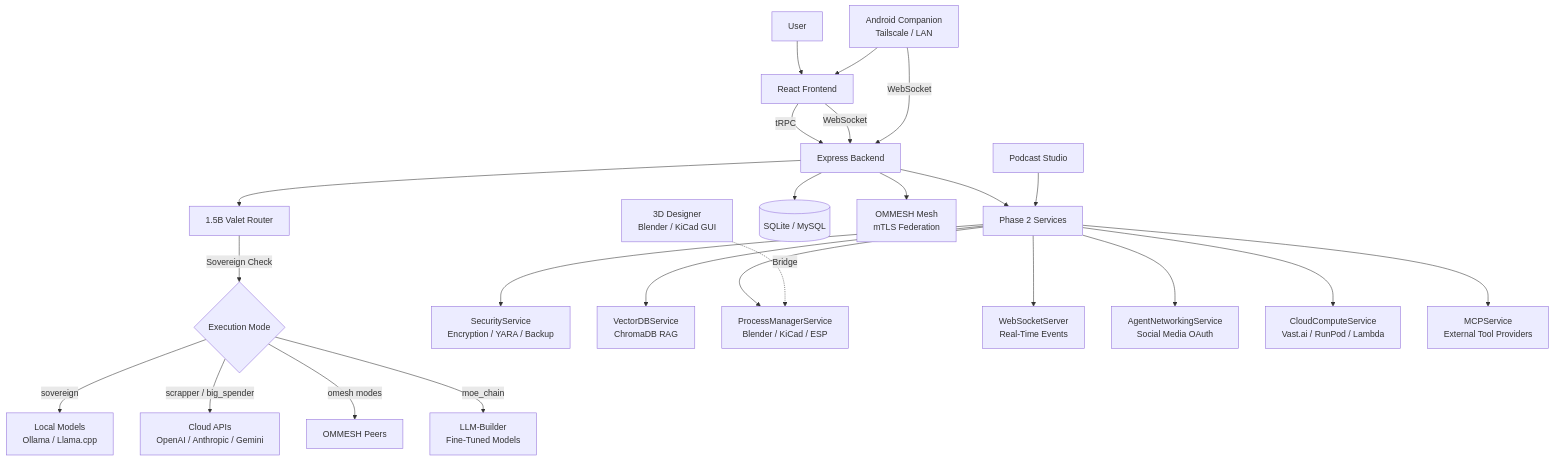
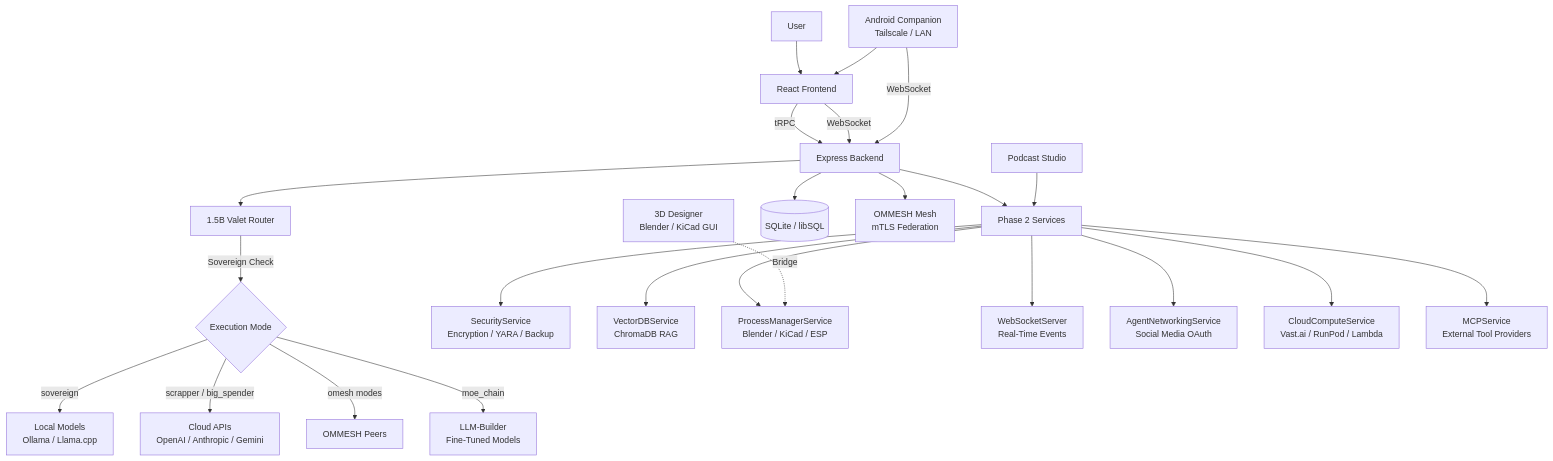
Before and after one commit to Clarkescustomcreations/OmnecorV1-Beta: the diagram in README.md, drawn with Mermaid. The commit also changed other lines of this file and 53 other files, not shown here.

````diff
--- a/README.md
+++ b/README.md
@@ -196,26 +196,26 @@
 ```mermaid
 graph TD
     User[User] --> UI[React Frontend]
     Android[Android Companion\nTailscale / LAN] --> UI
     UI -->|tRPC| BE[Express Backend]
     UI -->|WebSocket| BE
     Android -->|WebSocket| BE
     BE --> VR[1.5B Valet Router]
     VR -->|Sovereign Check| SC{Execution Mode}
     SC -->|sovereign| LM[Local Models\nOllama / Llama.cpp]
     SC -->|scrapper / big_spender| CM[Cloud APIs\nOpenAI / Anthropic / Gemini]
     SC -->|omesh modes| ON[OMMESH Peers]
     SC -->|moe_chain| FB[LLM-Builder\nFine-Tuned Models]
     BE --> SVC[Phase 2 Services]
     SVC --> SEC[SecurityService\nEncryption / YARA / Backup]
     SVC --> VDB[VectorDBService\nChromaDB RAG]
     SVC --> PM[ProcessManagerService\nBlender / KiCad / ESP]
     SVC --> WS[WebSocketServer\nReal-Time Events]
     SVC --> AN[AgentNetworkingService\nSocial Media OAuth]
     SVC --> CC[CloudComputeService\nVast.ai / RunPod / Lambda]
     SVC --> MCP[MCPService\nExternal Tool Providers]
-    BE --> DB[(SQLite / MySQL)]
+    BE --> DB[(SQLite / libSQL)]
     BE --> OM[OMMESH Mesh\nmTLS Federation]
     3D[3D Designer\nBlender / KiCad GUI] -.->|Bridge| PM
     Podcast[Podcast Studio] --> SVC
 ```
````
